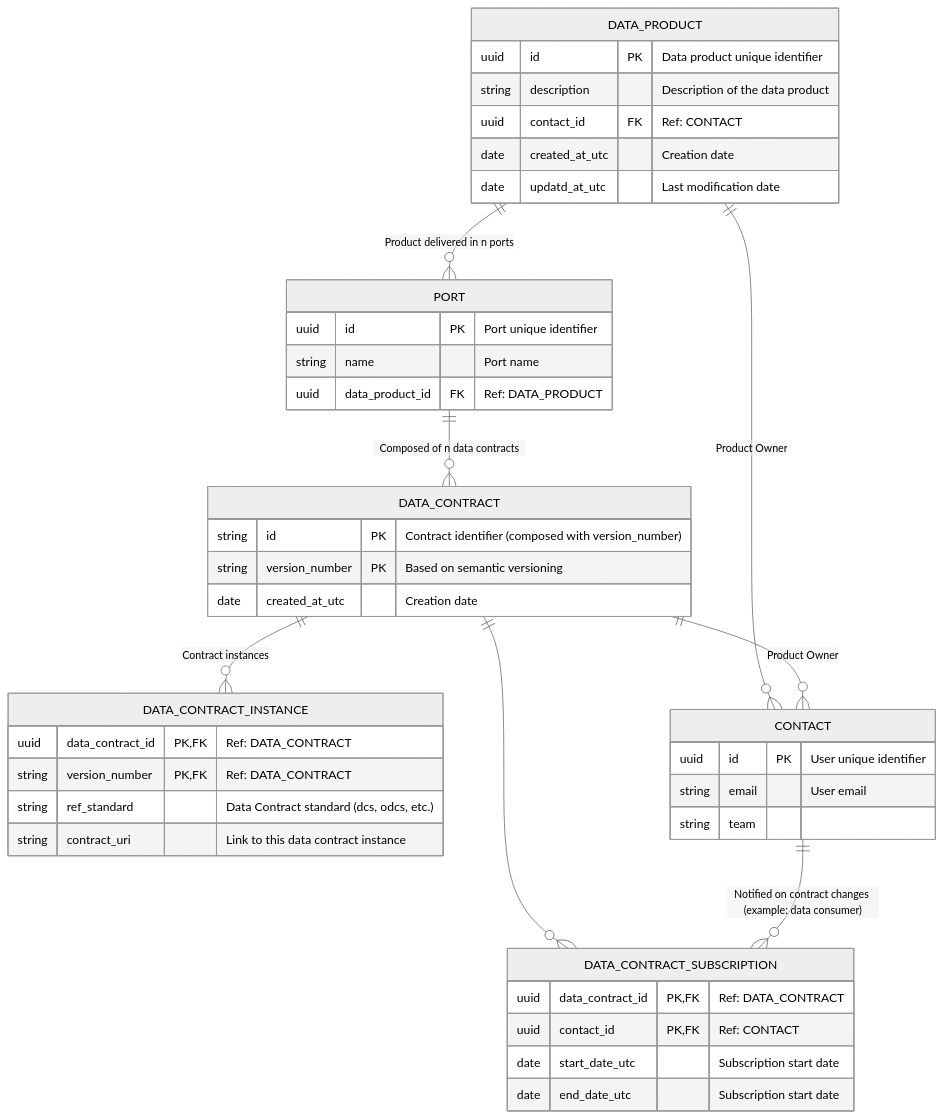
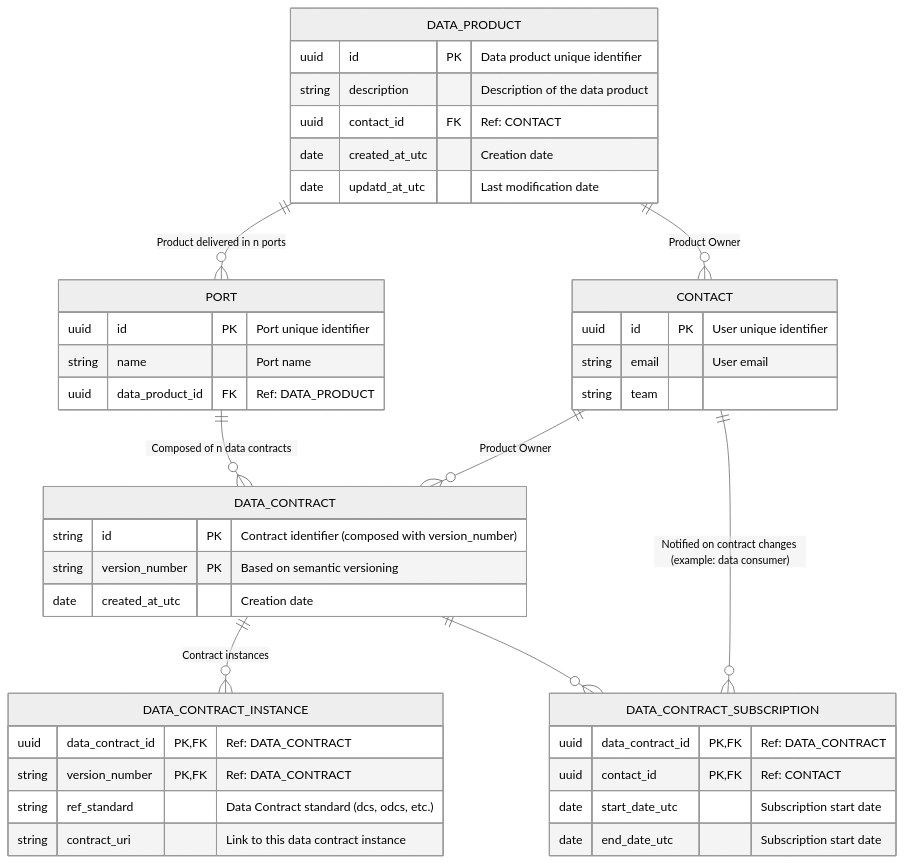
Before and after one commit to monmaya/base-impl: the diagram in docs/relational_model.md, drawn with Mermaid (neutral theme).

````diff
--- a/docs/relational_model.md
+++ b/docs/relational_model.md
@@ -5,54 +5,54 @@
 ```mermaid
 
 erDiagram
 
     DATA_PRODUCT {
         uuid id PK "Data product unique identifier"
         string description "Description of the data product"
         uuid contact_id FK "Ref: CONTACT"
         date created_at_utc "Creation date"
         date updatd_at_utc "Last modification date"
     }
 
     PORT {
         uuid id PK "Port unique identifier"
         string name "Port name"
         uuid data_product_id FK "Ref: DATA_PRODUCT"
     }
 
     DATA_CONTRACT {
         string id PK "Contract identifier (composed with version_number)"
         string version_number PK "Based on semantic versioning"
         date created_at_utc "Creation date"
     }
 
     DATA_CONTRACT_INSTANCE {
         uuid data_contract_id PK, FK "Ref: DATA_CONTRACT"
         string version_number PK, FK "Ref: DATA_CONTRACT"
         string ref_standard "Data Contract standard (dcs, odcs, etc.)"
         string contract_uri "Link to this data contract instance"
     }
     
     DATA_CONTRACT_SUBSCRIPTION {
         uuid data_contract_id PK, FK "Ref: DATA_CONTRACT"
         uuid contact_id PK, FK "Ref: CONTACT"
         date start_date_utc "Subscription start date"
         date end_date_utc "Subscription start date"
     }
 
     CONTACT {
         uuid id PK "User unique identifier"
         string email "User email"
         string team
     }
 
     DATA_PRODUCT ||--o{ PORT : "Product delivered in n ports"
     DATA_PRODUCT ||--o{ CONTACT : "Product Owner"
     PORT ||--o{ DATA_CONTRACT : "Composed of n data contracts"
-    DATA_CONTRACT ||--o{ CONTACT : "Product Owner"
+    CONTACT ||--o{ DATA_CONTRACT : "Product Owner"
     DATA_CONTRACT ||--o{ DATA_CONTRACT_INSTANCE : "Contract instances"
     DATA_CONTRACT ||--o{ DATA_CONTRACT_SUBSCRIPTION : ""
     CONTACT ||--o{ DATA_CONTRACT_SUBSCRIPTION : "Notified on contract changes (example: data consumer)"
 
 
   ```
````
